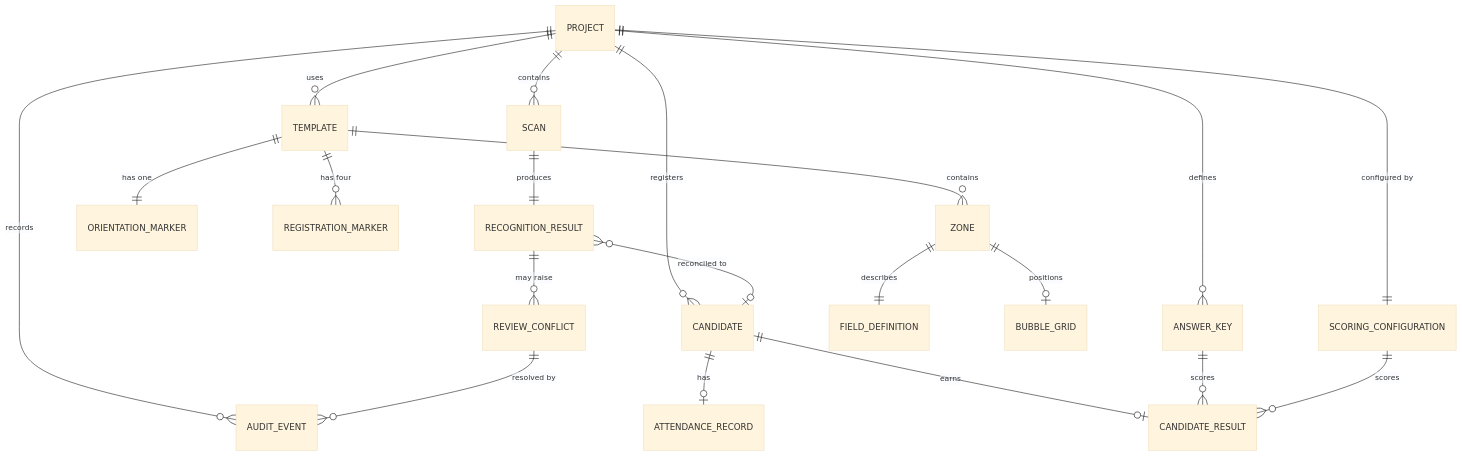
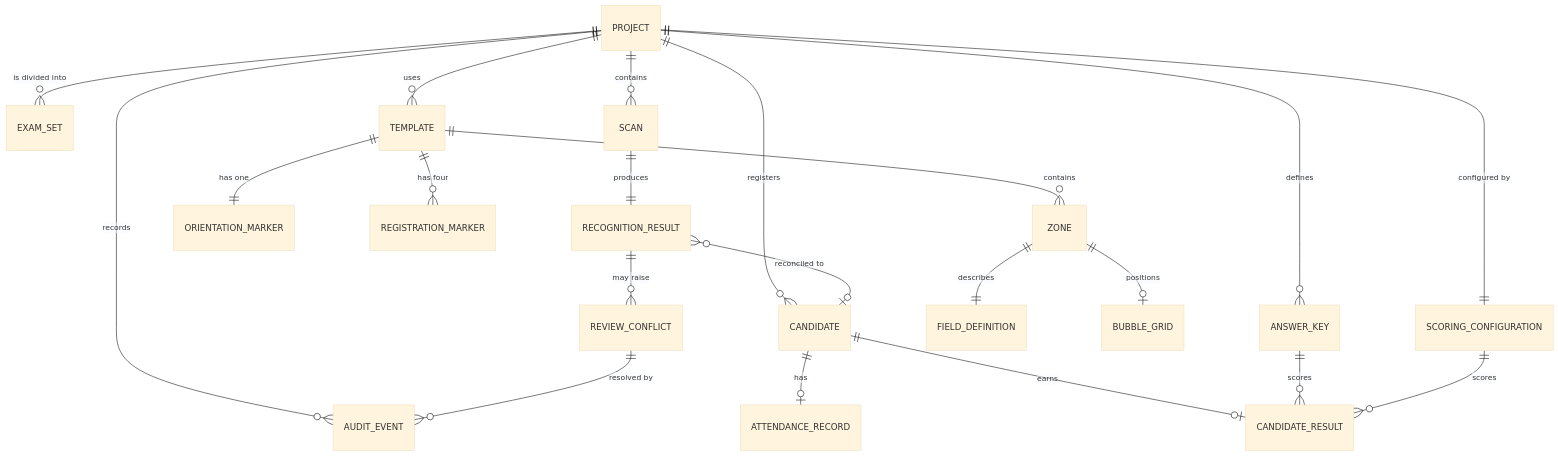
The diagram in docs/DATA_MODEL.md (sajidbuet/OMRFlow), drawn with Mermaid (base theme) before and after one commit. The commit also changed other lines of this file and 17 other files, not shown here.

````diff
--- a/docs/DATA_MODEL.md
+++ b/docs/DATA_MODEL.md
@@ -45,25 +46,26 @@
 ```mermaid
 erDiagram
+    PROJECT ||--o{ EXAM_SET : "is divided into"
     PROJECT ||--o{ TEMPLATE : "uses"
     PROJECT ||--o{ SCAN : "contains"
     PROJECT ||--o{ CANDIDATE : "registers"
     PROJECT ||--o{ ANSWER_KEY : "defines"
     PROJECT ||--|| SCORING_CONFIGURATION : "configured by"
     PROJECT ||--o{ AUDIT_EVENT : "records"
 
     TEMPLATE ||--o{ ZONE : "contains"
     TEMPLATE ||--|| ORIENTATION_MARKER : "has one"
     TEMPLATE ||--o{ REGISTRATION_MARKER : "has four"
     ZONE ||--|| FIELD_DEFINITION : "describes"
     ZONE ||--o| BUBBLE_GRID : "positions"
 
     SCAN ||--|| RECOGNITION_RESULT : "produces"
     RECOGNITION_RESULT ||--o{ REVIEW_CONFLICT : "may raise"
     REVIEW_CONFLICT ||--o{ AUDIT_EVENT : "resolved by"
 
     CANDIDATE ||--o| ATTENDANCE_RECORD : "has"
     CANDIDATE ||--o| CANDIDATE_RESULT : "earns"
     RECOGNITION_RESULT }o--o| CANDIDATE : "reconciled to"
     ANSWER_KEY ||--o{ CANDIDATE_RESULT : "scores"
     SCORING_CONFIGURATION ||--o{ CANDIDATE_RESULT : "scores"
 ```
````
